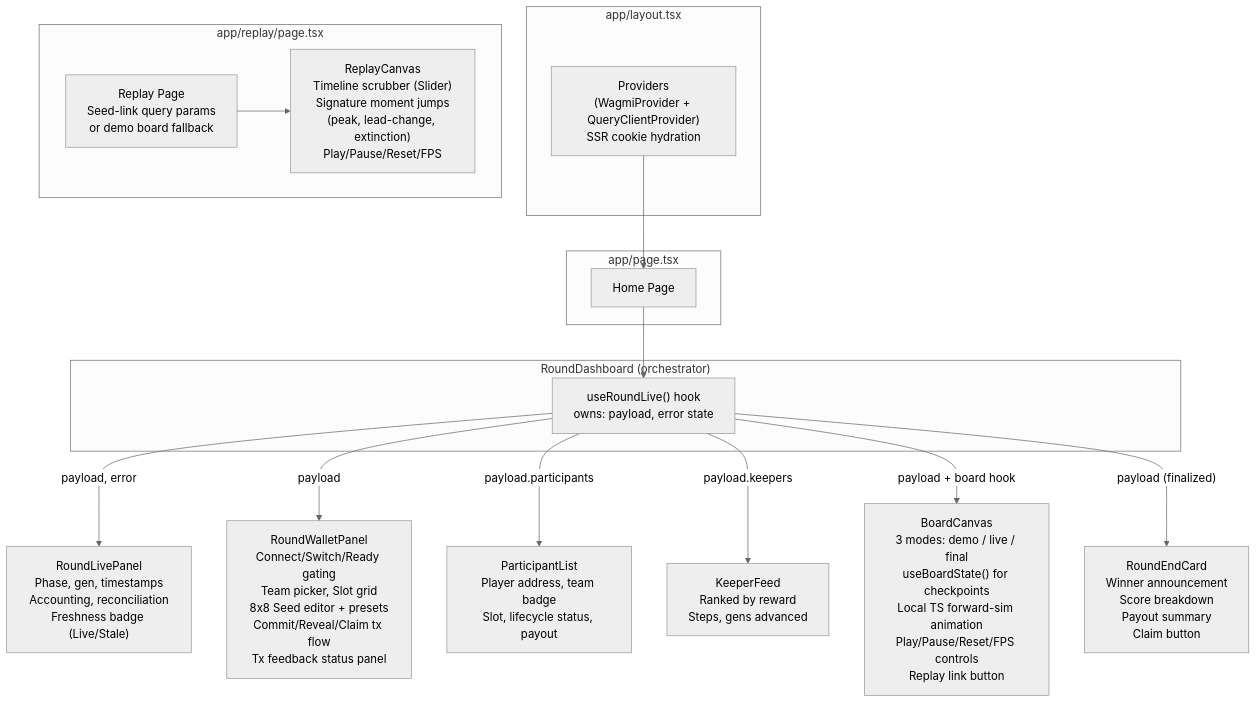
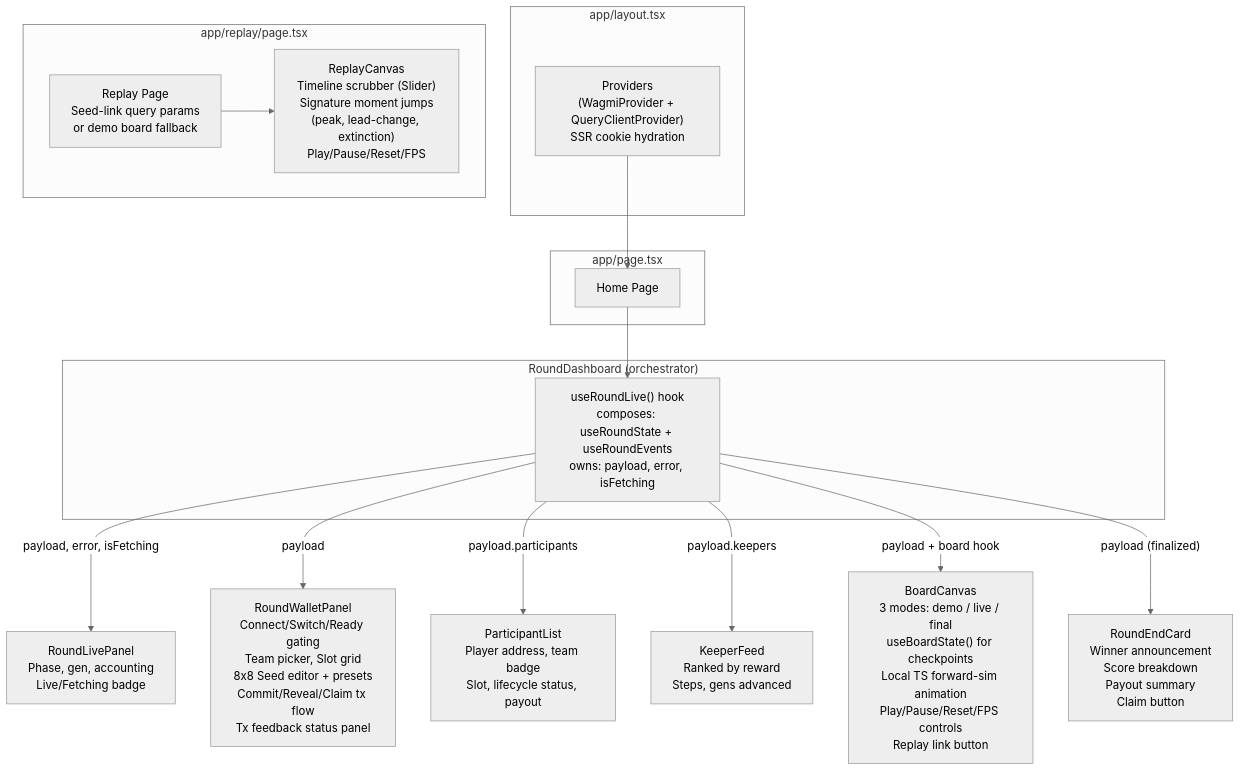
One commit to williamhzo/shape-of-life changed diagram 11 of 13 in architecture.md. Above: the diagram before and after it, drawn with Mermaid (neutral theme). The commit also changed other lines of this file and 2 other files, not shown here.

````diff
--- a/architecture.md
+++ b/architecture.md
@@ -775,35 +712,35 @@
 ```mermaid
 flowchart TD
     subgraph "app/layout.tsx"
         PROVIDERS["Providers<br/>(WagmiProvider + QueryClientProvider)<br/>SSR cookie hydration"]
     end
 
     subgraph "app/page.tsx"
         PAGE["Home Page"]
     end
 
     subgraph "RoundDashboard (orchestrator)"
-        POLL["useRoundLive() hook<br/>owns: payload, error state"]
+        POLL["useRoundLive() hook<br/>composes: useRoundState + useRoundEvents<br/>owns: payload, error, isFetching"]
     end
 
     PROVIDERS --> PAGE --> POLL
 
-    POLL -->|"payload, error"| LIVE_PANEL["RoundLivePanel<br/>Phase, gen, timestamps<br/>Accounting, reconciliation<br/>Freshness badge (Live/Stale)"]
+    POLL -->|"payload, error, isFetching"| LIVE_PANEL["RoundLivePanel<br/>Phase, gen, accounting<br/>Live/Fetching badge"]
 
     POLL -->|"payload"| WALLET_PANEL["RoundWalletPanel<br/>Connect/Switch/Ready gating<br/>Team picker, Slot grid<br/>8x8 Seed editor + presets<br/>Commit/Reveal/Claim tx flow<br/>Tx feedback status panel"]
 
     POLL -->|"payload.participants"| PARTICIPANTS["ParticipantList<br/>Player address, team badge<br/>Slot, lifecycle status, payout"]
 
     POLL -->|"payload.keepers"| KEEPERS["KeeperFeed<br/>Ranked by reward<br/>Steps, gens advanced"]
 
     POLL -->|"payload + board hook"| BOARD["BoardCanvas<br/>3 modes: demo / live / final<br/>useBoardState() for checkpoints<br/>Local TS forward-sim animation<br/>Play/Pause/Reset/FPS controls<br/>Replay link button"]
 
     POLL -->|"payload (finalized)"| END_CARD["RoundEndCard<br/>Winner announcement<br/>Score breakdown<br/>Payout summary<br/>Claim button"]
 
     subgraph "app/replay/page.tsx"
         REPLAY_PAGE["Replay Page<br/>Seed-link query params<br/>or demo board fallback"]
         REPLAY_CANVAS["ReplayCanvas<br/>Timeline scrubber (Slider)<br/>Signature moment jumps<br/>(peak, lead-change, extinction)<br/>Play/Pause/Reset/FPS"]
     end
 
     REPLAY_PAGE --> REPLAY_CANVAS
 ```
````
